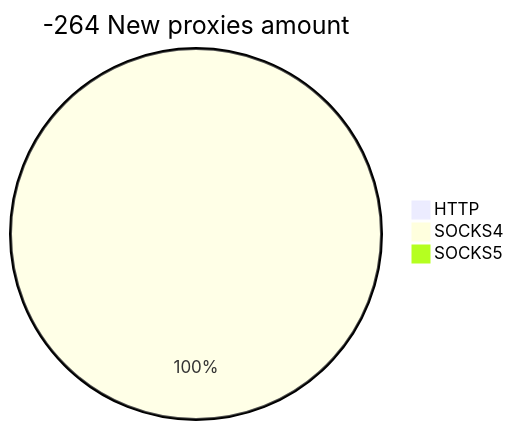
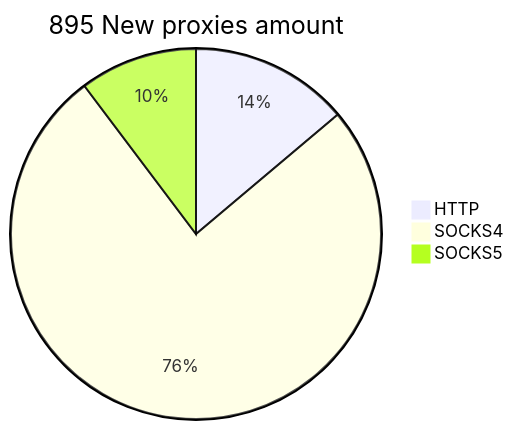
One commit to cutipu/proxylist changed the second of 2 diagrams in README.md. Above: the diagram before and after it, drawn with Mermaid. The commit also changed other lines of this file, not shown here.

````diff
--- a/README.md
+++ b/README.md
@@ -10,6 +10,6 @@
 ```mermaid
-pie title -264 New proxies amount
-    "HTTP" : 0
-    "SOCKS4" : 104
-    "SOCKS5" : 0
+pie title 895 New proxies amount
+    "HTTP" : 124
+    "SOCKS4" : 679
+    "SOCKS5" : 92
 ```
````
